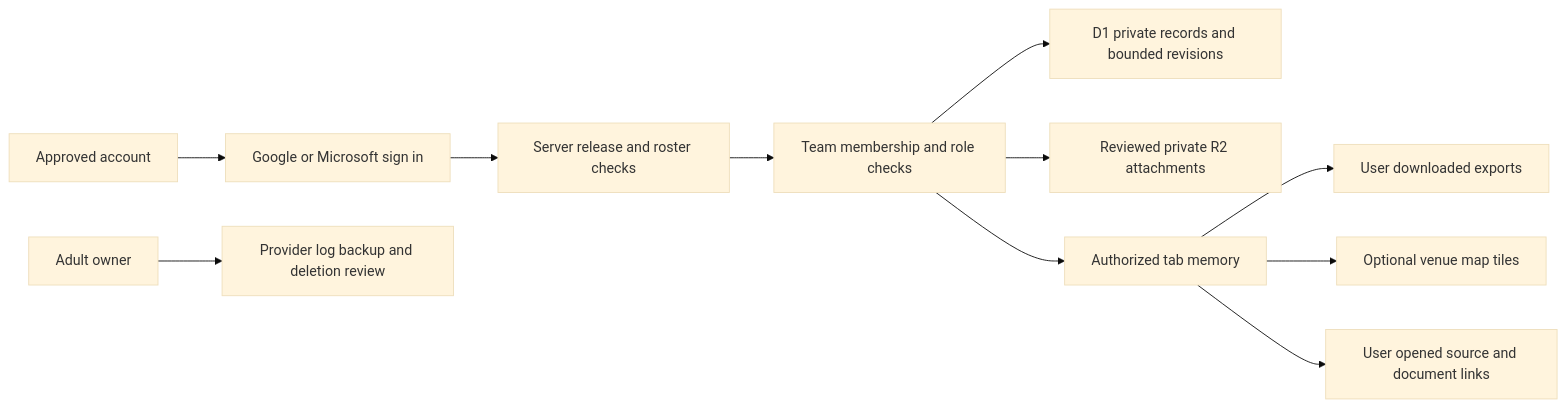
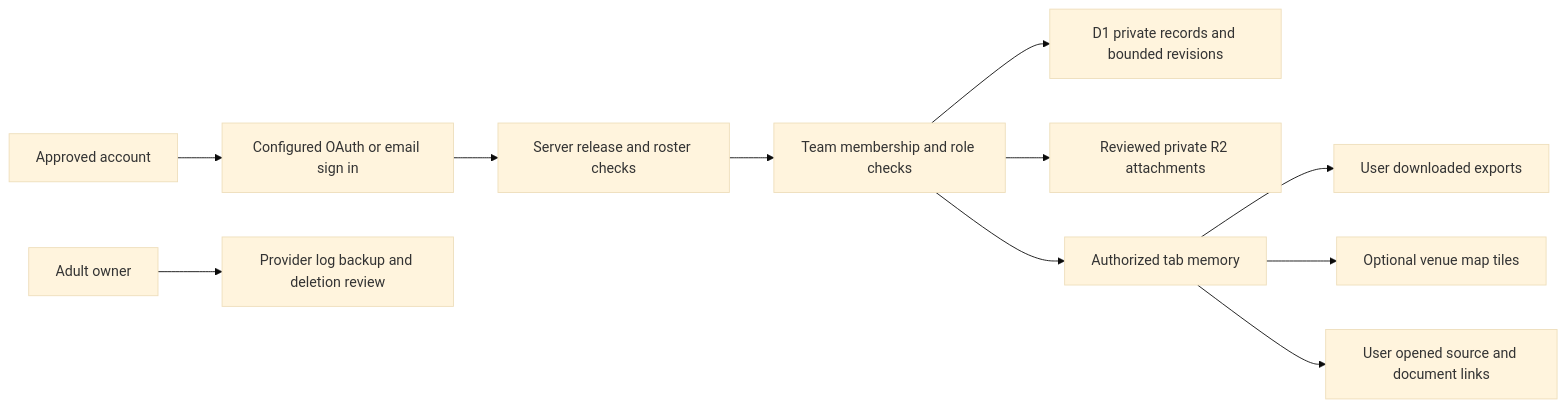
Before and after one commit to qkzp/delaware-ftc-hq: the diagram in docs/release-evidence.md, drawn with Mermaid (base theme). The commit also changed other lines of this file and 63 other files, not shown here.

````diff
--- a/docs/release-evidence.md
+++ b/docs/release-evidence.md
@@ -54,13 +62,13 @@
 ```mermaid
 flowchart LR
-  A[Approved account] --> B[Google or Microsoft sign in]
+  A[Approved account] --> B[Configured OAuth or email sign in]
   B --> C[Server release and roster checks]
   C --> D[Team membership and role checks]
   D --> E[D1 private records and bounded revisions]
   D --> F[Reviewed private R2 attachments]
   D --> G[Authorized tab memory]
   G --> H[User downloaded exports]
   G --> I[Optional venue map tiles]
   G --> J[User opened source and document links]
   K[Adult owner] --> L[Provider log backup and deletion review]
 ```
````
